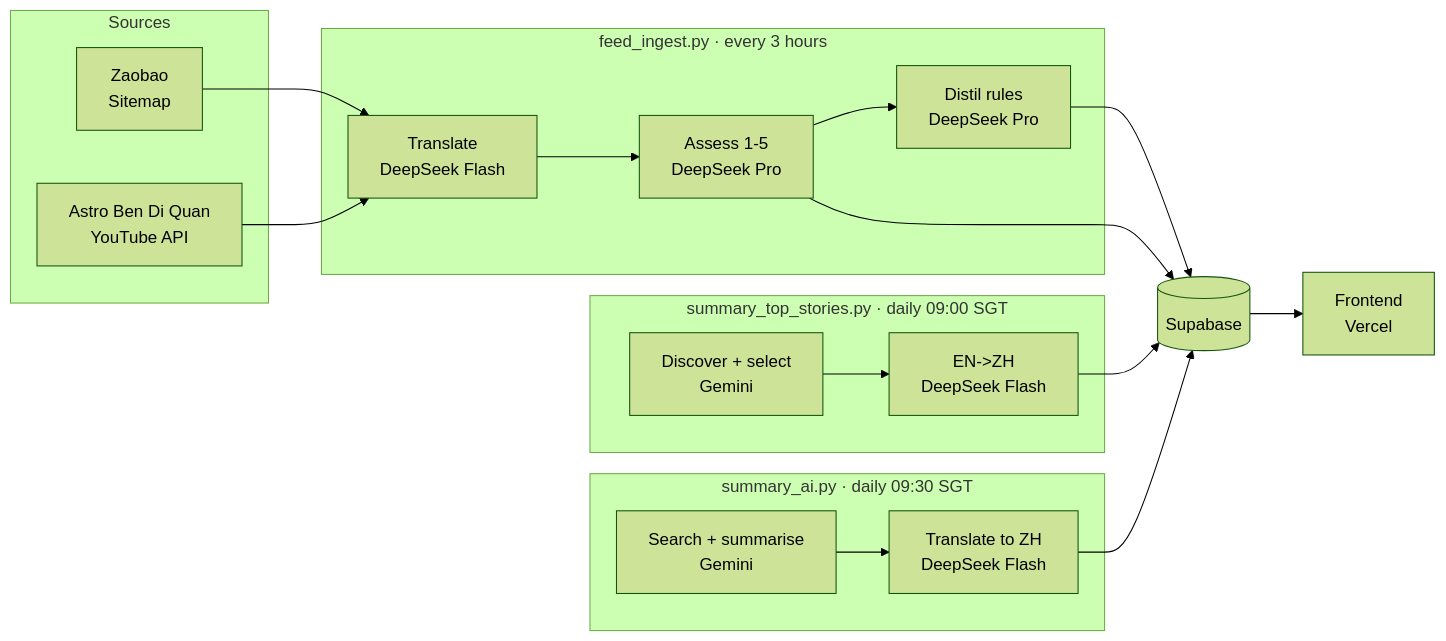
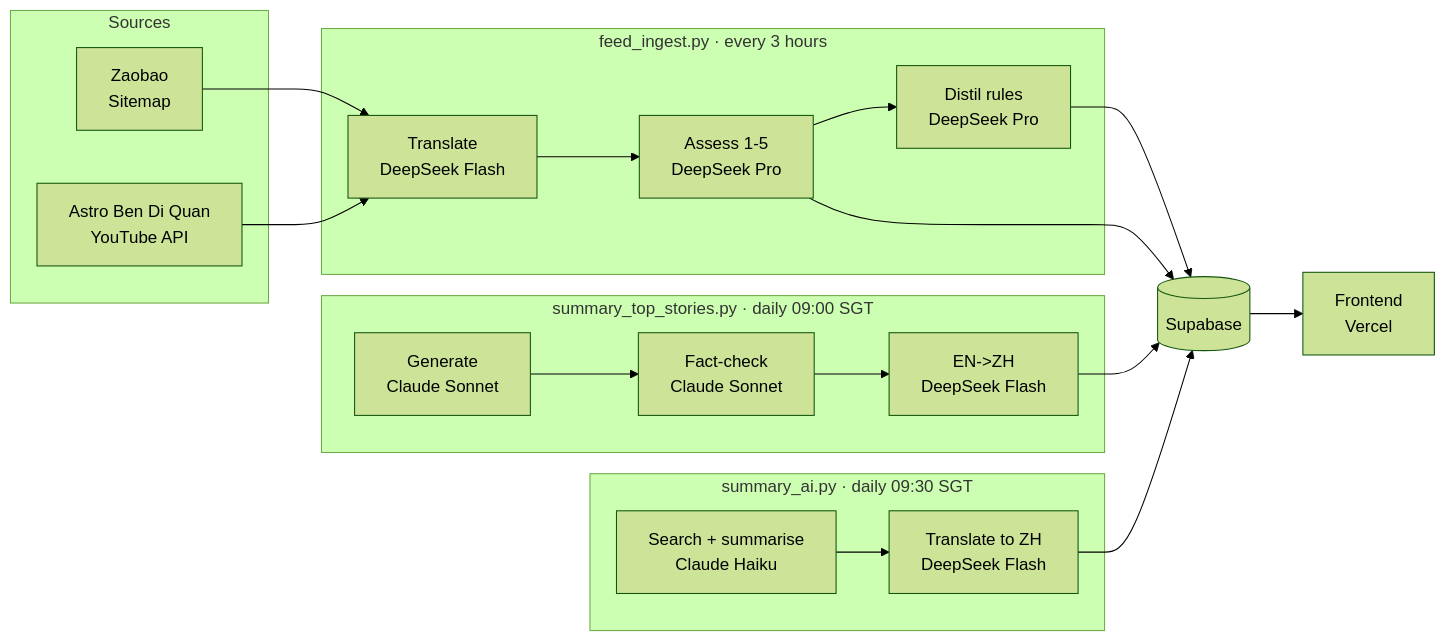
The diagram in README.md (chiaweiwoo/newslingo), drawn with Mermaid (forest theme) before and after one commit. The commit also changed other lines of this file and 8 other files, not shown here.

````diff
--- a/README.md
+++ b/README.md
@@ -57,37 +57,38 @@
 ```mermaid
 flowchart LR
     subgraph src["Sources"]
         ZB["Zaobao\nSitemap"]
         YT["Astro Ben Di Quan\nYouTube API"]
     end
 
     subgraph agg["feed_ingest.py · every 3 hours"]
         TR["Translate\nDeepSeek Flash"]
         AS["Assess 1-5\nDeepSeek Pro"]
         DR["Distil rules\nDeepSeek Pro"]
         TR --> AS --> DR
     end
 
     DB[("Supabase")]
 
     subgraph summary["summary_top_stories.py · daily 09:00 SGT"]
-        P1["Discover + select\nGemini"]
-        P2["EN->ZH\nDeepSeek Flash"]
-        P1 --> P2
+        P1["Generate\nClaude Sonnet"]
+        P2["Fact-check\nClaude Sonnet"]
+        P3["EN->ZH\nDeepSeek Flash"]
+        P1 --> P2 --> P3
     end
 
     subgraph radar["summary_ai.py · daily 09:30 SGT"]
-        R1["Search + summarise\nGemini"]
+        R1["Search + summarise\nClaude Haiku"]
         R2["Translate to ZH\nDeepSeek Flash"]
         R1 --> R2
     end
 
     FE["Frontend\nVercel"]
 
     ZB & YT --> TR
     DR --> DB
     AS --> DB
-    P2 --> DB
+    P3 --> DB
     R2 --> DB
     DB --> FE
 ```
````
